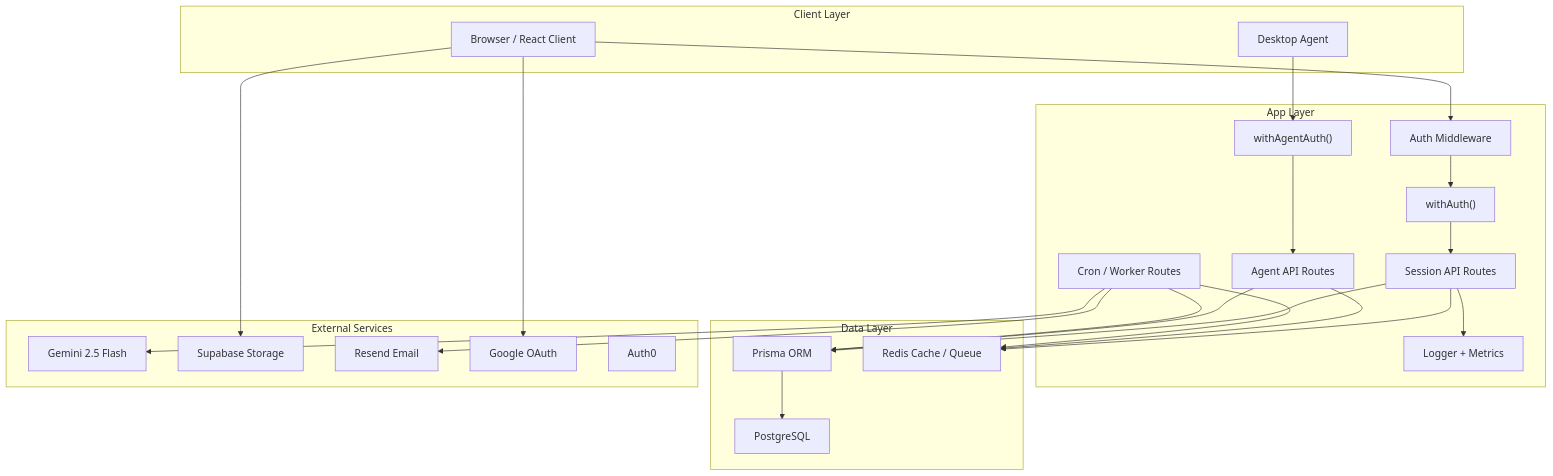
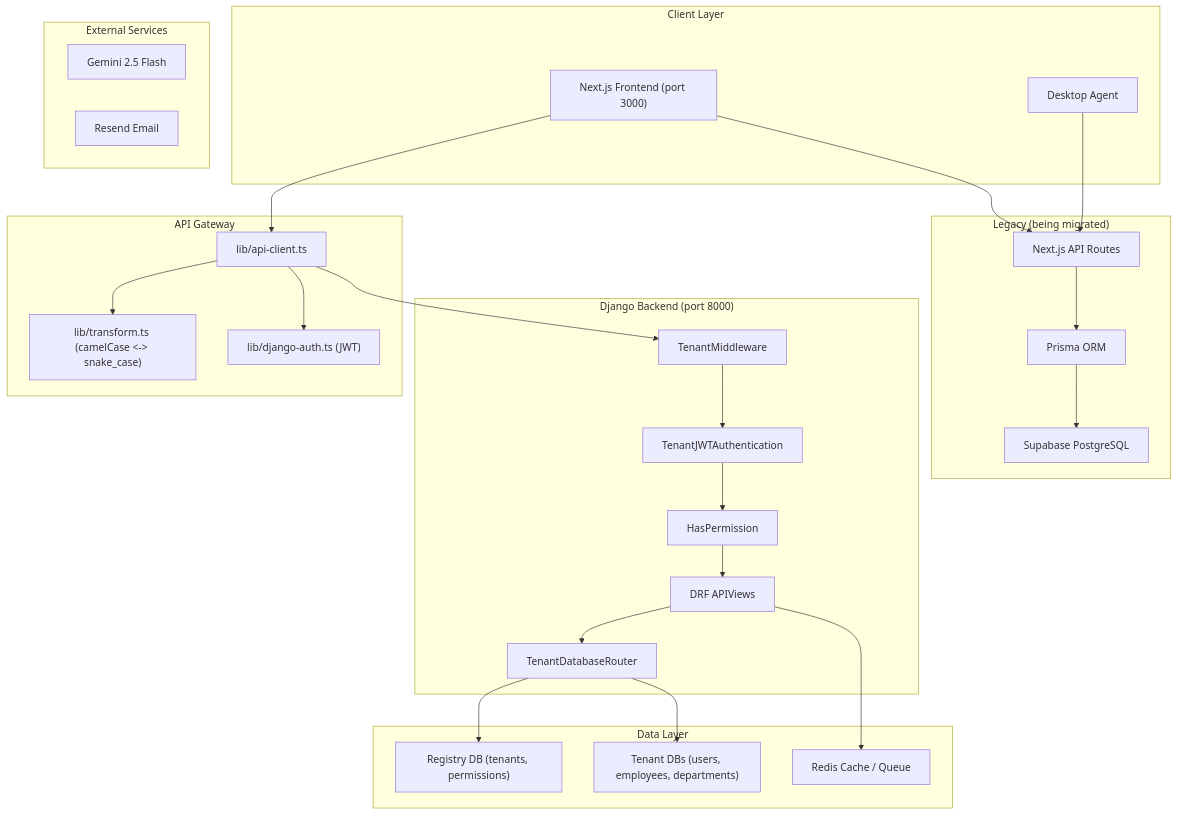
The diagram in SYSTEM_ARCHITECTURE.md (Work-Ashish/Employee-directory), drawn with Mermaid before and after one commit. The commit also changed other lines of this file and 172 other files, not shown here.

First line of the commit message:
feat: Migrate frontend to Django backend with typed API clients

````diff
--- a/SYSTEM_ARCHITECTURE.md
+++ b/SYSTEM_ARCHITECTURE.md
@@ -11,49 +11,54 @@
 ```mermaid
 graph TB
     subgraph Client Layer
-        Browser["Browser / React Client"]
+        Browser["Next.js Frontend (port 3000)"]
         DesktopAgent["Desktop Agent"]
     end
 
-    subgraph App Layer
-        Middleware["Auth Middleware"]
-        WithAuth["withAuth()"]
-        AgentAuth["withAgentAuth()"]
-        APIRoutes["Session API Routes"]
-        AgentRoutes["Agent API Routes"]
-        CronWorkers["Cron / Worker Routes"]
-        Logger["Logger + Metrics"]
+    subgraph API Gateway
+        APIClient["lib/api-client.ts"]
+        Transform["lib/transform.ts (camelCase <-> snake_case)"]
+        DjangoAuth["lib/django-auth.ts (JWT)"]
+    end
+
+    subgraph Django Backend ["Django Backend (port 8000)"]
+        TenantMW["TenantMiddleware"]
+        JWTAuth["TenantJWTAuthentication"]
+        HasPerm["HasPermission"]
+        DRFViews["DRF APIViews"]
+        DBRouter["TenantDatabaseRouter"]
     end
 
     subgraph Data Layer
+        RegistryDB["Registry DB (tenants, permissions)"]
+        TenantDB["Tenant DBs (users, employees, departments)"]
+        Redis["Redis Cache / Queue"]
+    end
+
+    subgraph Legacy Layer ["Legacy (being migrated)"]
+        NextAPIRoutes["Next.js API Routes"]
         Prisma["Prisma ORM"]
-        PostgreSQL["PostgreSQL"]
-        Redis["Redis Cache / Queue"]
+        LegacyDB["Supabase PostgreSQL"]
     end
 
     subgraph External Services
         Gemini["Gemini 2.5 Flash"]
-        Supabase["Supabase Storage"]
         Resend["Resend Email"]
-        Google["Google OAuth"]
-        Auth0["Auth0"]
     end
 
-    Browser --> Middleware
-    Middleware --> WithAuth
-    WithAuth --> APIRoutes
-    DesktopAgent --> AgentAuth
-    AgentAuth --> AgentRoutes
-    APIRoutes --> Prisma
-    APIRoutes --> Redis
-    APIRoutes --> Logger
-    AgentRoutes --> Prisma
-    AgentRoutes --> Redis
-    CronWorkers --> Prisma
-    CronWorkers --> Redis
-    CronWorkers --> Gemini
-    CronWorkers --> Resend
-    Prisma --> PostgreSQL
-    Browser --> Supabase
-    Browser --> Google
+    Browser --> APIClient
+    APIClient --> Transform
+    APIClient --> DjangoAuth
+    APIClient --> TenantMW
+    TenantMW --> JWTAuth
+    JWTAuth --> HasPerm
+    HasPerm --> DRFViews
+    DRFViews --> DBRouter
+    DBRouter --> RegistryDB
+    DBRouter --> TenantDB
+    DRFViews --> Redis
+    Browser --> NextAPIRoutes
+    NextAPIRoutes --> Prisma
+    Prisma --> LegacyDB
+    DesktopAgent --> NextAPIRoutes
 ```
````
